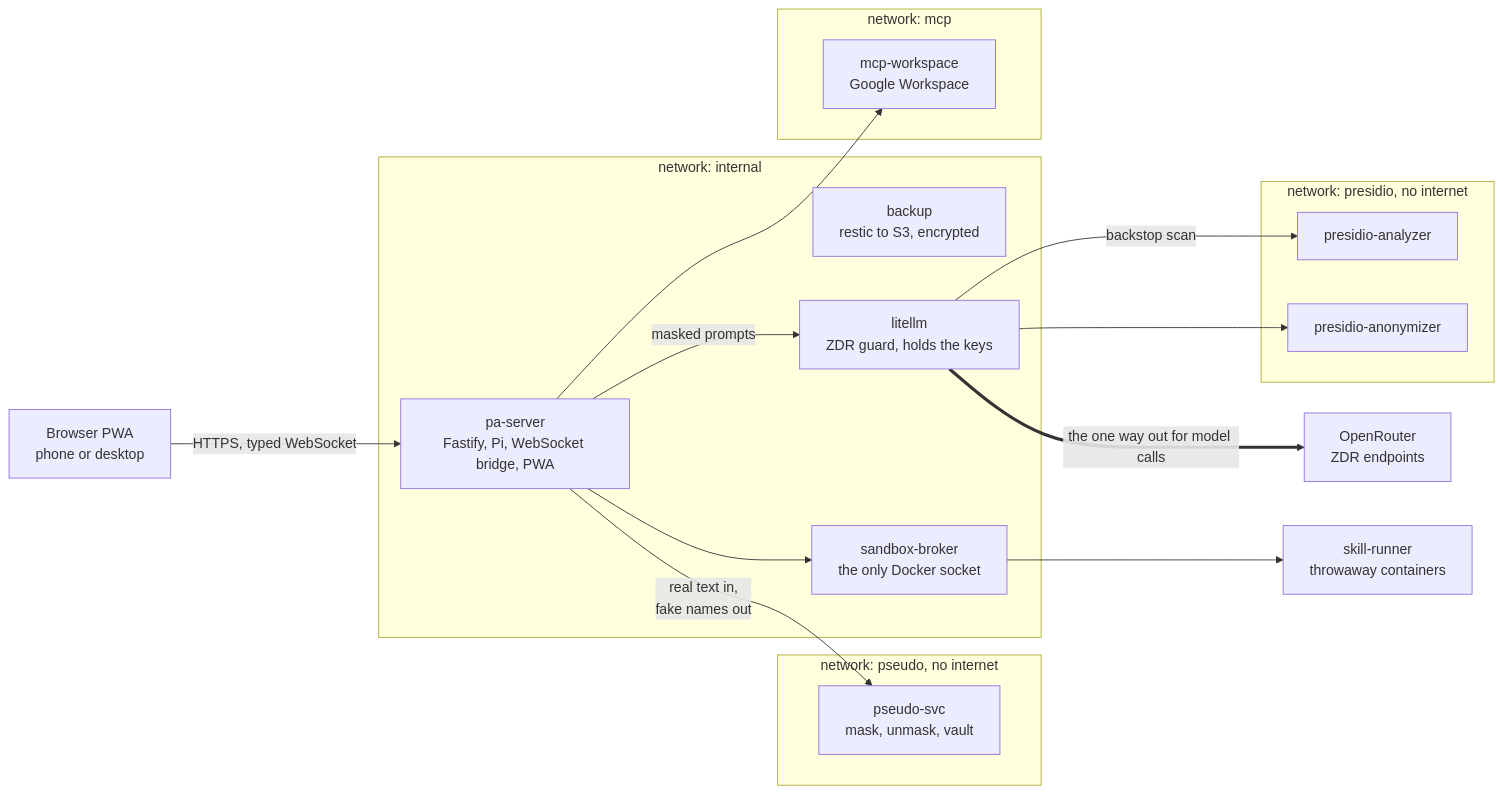
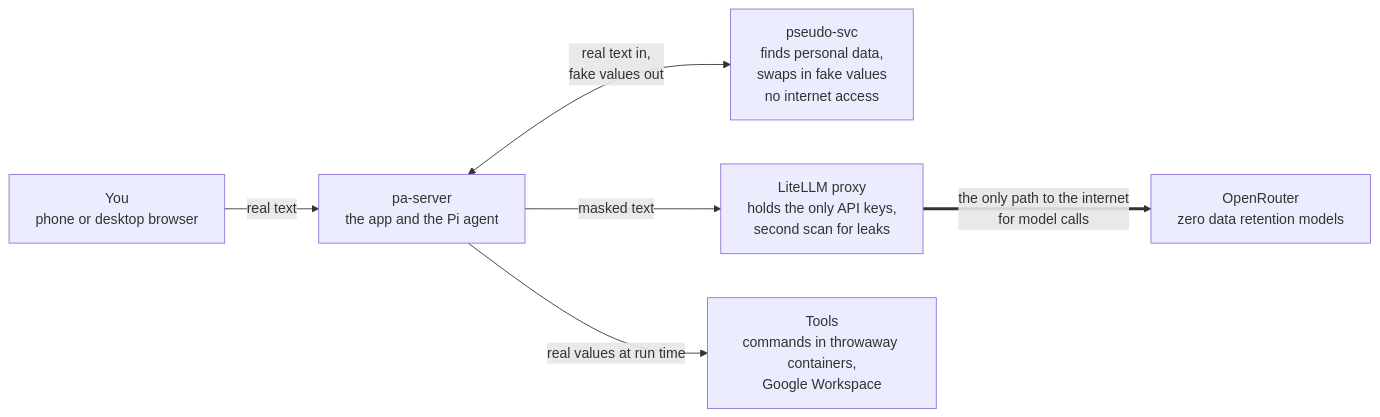
Before and after one commit to ahulkkonen/nolla-assistant: the diagram in README.md, drawn with Mermaid. The commit also changed other lines of this file and 4 other files, not shown here.

Commit message:
docs: light banner only, simpler architecture diagram, glossary

````diff
--- a/README.md
+++ b/README.md
@@ -129,31 +126,14 @@
 ```mermaid
 flowchart LR
-  browser["Browser PWA<br/>phone or desktop"]
-  subgraph pseudo["network: pseudo, no internet"]
-    psvc["pseudo-svc<br/>mask, unmask, vault"]
-  end
-  subgraph internal["network: internal"]
-    server["pa-server<br/>Fastify, Pi, WebSocket bridge, PWA"]
-    backup["backup<br/>restic to S3, encrypted"]
-    litellm["litellm<br/>ZDR guard, holds the keys"]
-    broker["sandbox-broker<br/>the only Docker socket"]
-  end
-  subgraph presidio["network: presidio, no internet"]
-    analyzer["presidio-analyzer"]
-    anonymizer["presidio-anonymizer"]
-  end
-  openrouter["OpenRouter<br/>ZDR endpoints"]
-  runner["skill-runner<br/>throwaway containers"]
-  subgraph mcp["network: mcp"]
-    workspace["mcp-workspace<br/>Google Workspace"]
-  end
-  browser -- "HTTPS, typed WebSocket" --> server
-  server -- "real text in,<br/>fake names out" --> psvc
-  server -- "masked prompts" --> litellm
-  litellm -- "backstop scan" --> analyzer
-  litellm --> anonymizer
-  litellm == "the one way out for model calls" ==> openrouter
-  server --> broker
-  broker --> runner
-  server --> workspace
+  you["You<br/>phone or desktop browser"]
+  server["pa-server<br/>the app and the Pi agent"]
+  pseudo["pseudo-svc<br/>finds personal data,<br/>swaps in fake values<br/>no internet access"]
+  proxy["LiteLLM proxy<br/>holds the only API keys,<br/>second scan for leaks"]
+  cloud["OpenRouter<br/>zero data retention models"]
+  tools["Tools<br/>commands in throwaway containers,<br/>Google Workspace"]
+  you -- "real text" --> server
+  server <-- "real text in,<br/>fake values out" --> pseudo
+  server -- "masked text" --> proxy
+  proxy == "the only path to the internet<br/>for model calls" ==> cloud
+  server -- "real values at run time" --> tools
 ```
````
